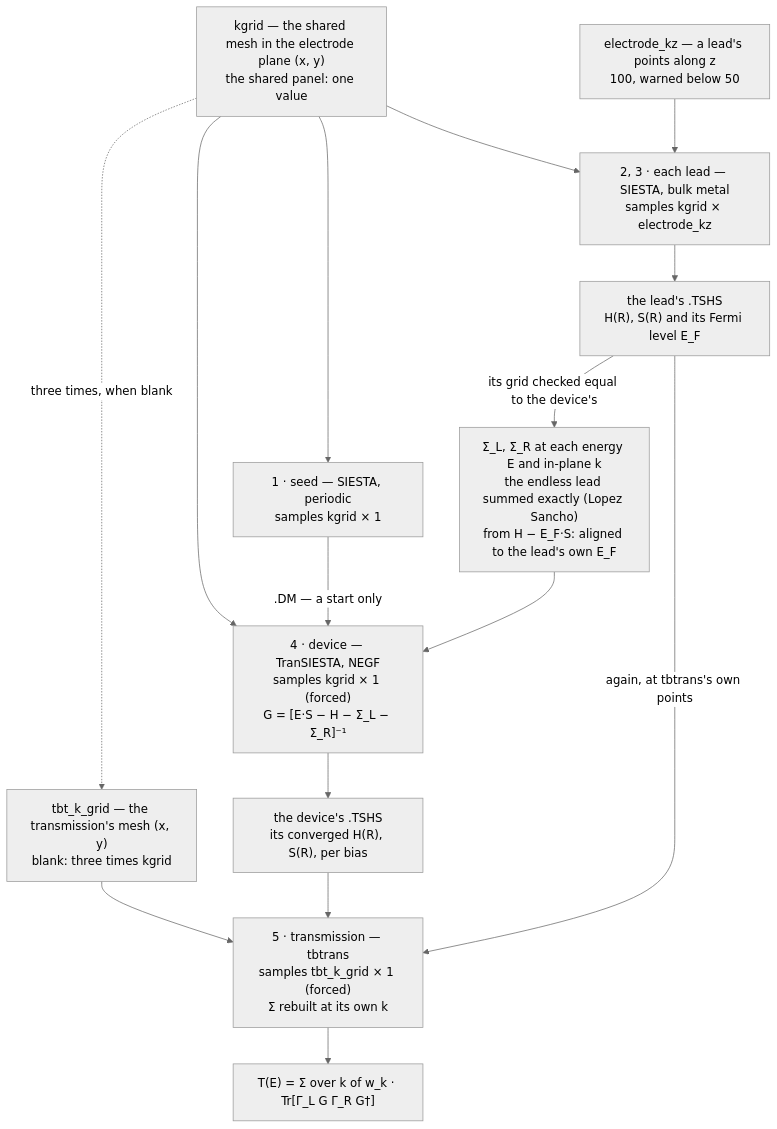
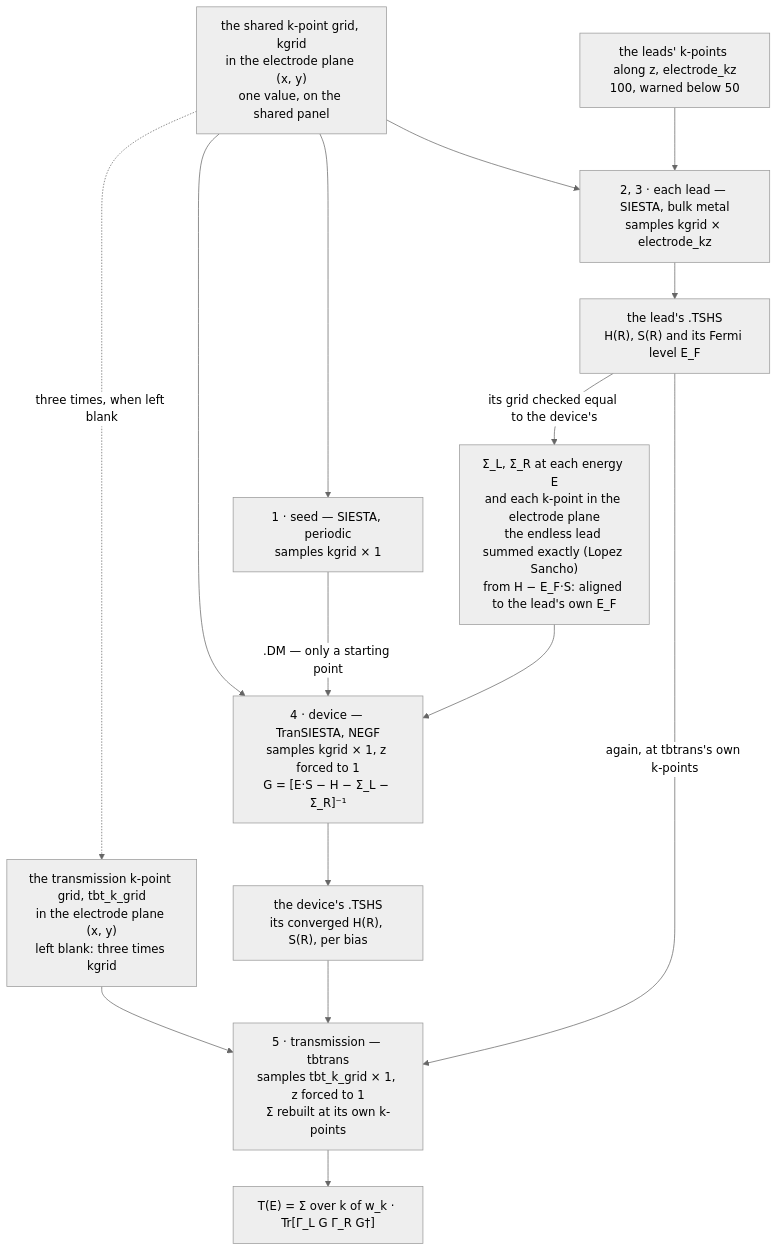
Before and after one commit to Qing-LAB/molbuilder: the third of 12 diagrams in docs/engines/transport.md, drawn with Mermaid (neutral theme). The commit also changed other lines of this file and 13 other files, not shown here.

````diff
--- a/docs/engines/transport.md
+++ b/docs/engines/transport.md
@@ -130,28 +159,28 @@
 ```mermaid
 flowchart TD
-    KG["kgrid — the shared mesh in the electrode plane (x, y)<br/>the shared panel: one value"]
-    KZ["electrode_kz — a lead's points along z<br/>100, warned below 50"]
-    TK["tbt_k_grid — the transmission's mesh (x, y)<br/>blank: three times kgrid"]
+    KG["the shared k-point grid, kgrid<br/>in the electrode plane (x, y)<br/>one value, on the shared panel"]
+    KZ["the leads' k-points along z, electrode_kz<br/>100, warned below 50"]
+    TK["the transmission k-point grid, tbt_k_grid<br/>in the electrode plane (x, y)<br/>left blank: three times kgrid"]
     SEED["1 · seed — SIESTA, periodic<br/>samples kgrid × 1"]
     LEAD["2, 3 · each lead — SIESTA, bulk metal<br/>samples kgrid × electrode_kz"]
     LH["the lead's .TSHS<br/>H(R), S(R) and its Fermi level E_F"]
-    SE["Σ_L, Σ_R at each energy E and in-plane k<br/>the endless lead summed exactly (Lopez Sancho)<br/>from H − E_F·S: aligned to the lead's own E_F"]
-    DEV["4 · device — TranSIESTA, NEGF<br/>samples kgrid × 1 (forced)<br/>G = [E·S − H − Σ_L − Σ_R]⁻¹"]
+    SE["Σ_L, Σ_R at each energy E<br/>and each k-point in the electrode plane<br/>the endless lead summed exactly (Lopez Sancho)<br/>from H − E_F·S: aligned to the lead's own E_F"]
+    DEV["4 · device — TranSIESTA, NEGF<br/>samples kgrid × 1, z forced to 1<br/>G = [E·S − H − Σ_L − Σ_R]⁻¹"]
     DH["the device's .TSHS<br/>its converged H(R), S(R), per bias"]
-    TB["5 · transmission — tbtrans<br/>samples tbt_k_grid × 1 (forced)<br/>Σ rebuilt at its own k"]
+    TB["5 · transmission — tbtrans<br/>samples tbt_k_grid × 1, z forced to 1<br/>Σ rebuilt at its own k-points"]
     T["T(E) = Σ over k of w_k · Tr[Γ_L G Γ_R G†]"]
     KG --> SEED
     KG --> LEAD
     KG --> DEV
     KZ --> LEAD
-    KG -. "three times, when blank" .-> TK
+    KG -. "three times, when left blank" .-> TK
     TK --> TB
-    SEED -->|".DM — a start only"| DEV
+    SEED -->|".DM — only a starting point"| DEV
     LEAD --> LH
     LH -->|"its grid checked equal to the device's"| SE
     SE --> DEV
     DEV --> DH
     DH --> TB
-    LH -->|"again, at tbtrans's own points"| TB
+    LH -->|"again, at tbtrans's own k-points"| TB
     TB --> T
 ```
````
